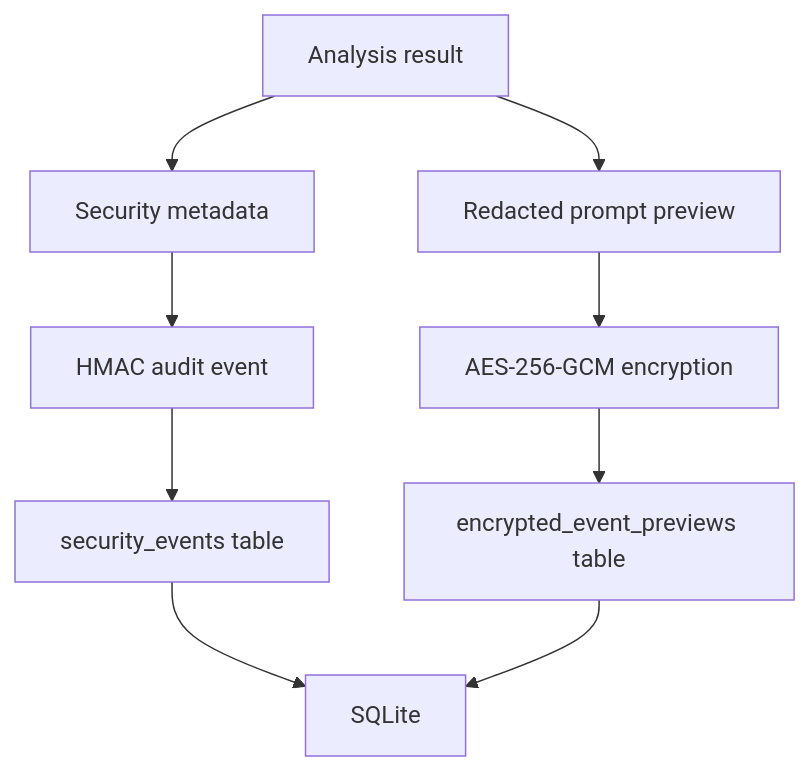
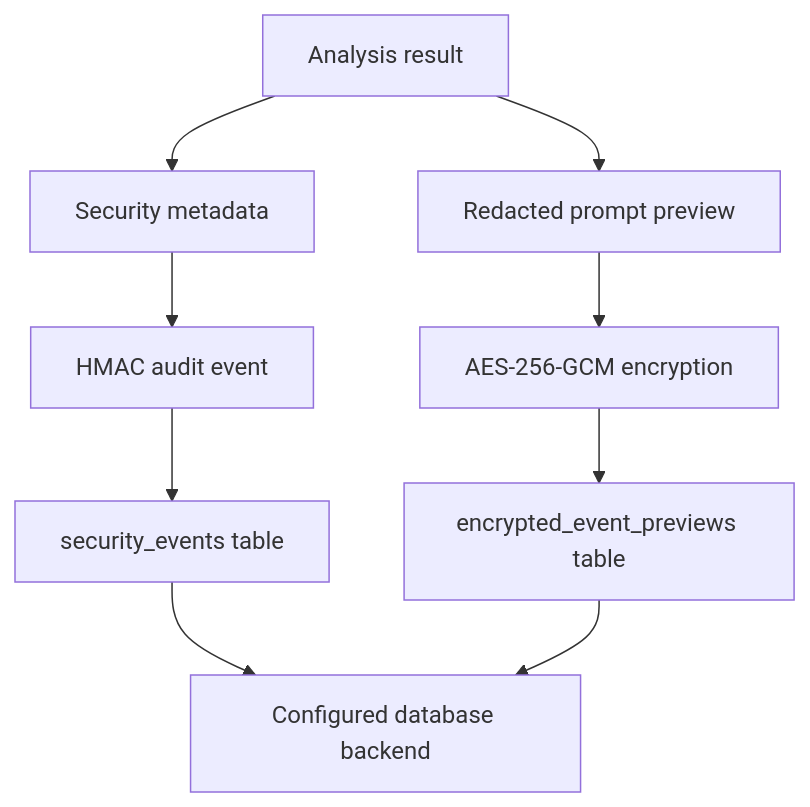
One commit to sreemanbondada-sudo/PromptShield changed the eighth of 10 diagrams in ARCHITECTURE.md. Above: the diagram before and after it, drawn with Mermaid. The commit also changed other lines of this file and 1 other file, not shown here.

Commit message:
docs: document persistent PostgreSQL architecture

````diff
--- a/ARCHITECTURE.md
+++ b/ARCHITECTURE.md
@@ -298,11 +331,11 @@
 ```mermaid
 flowchart TD
     A[Analysis result] --> B[Security metadata]
     A --> C[Redacted prompt preview]
     B --> D[HMAC audit event]
     C --> E[AES-256-GCM encryption]
     D --> F[security_events table]
     E --> G[encrypted_event_previews table]
-    F --> H[SQLite]
+    F --> H[Configured database backend]
     G --> H
 ```
````
